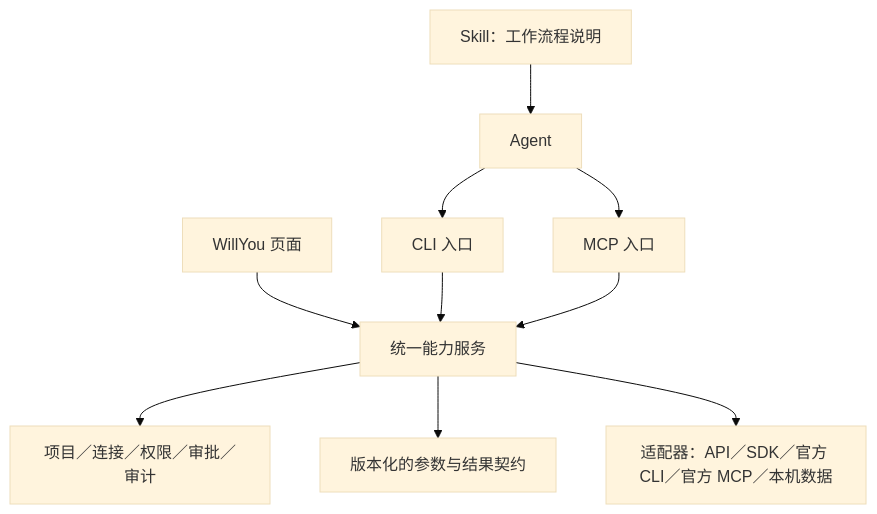
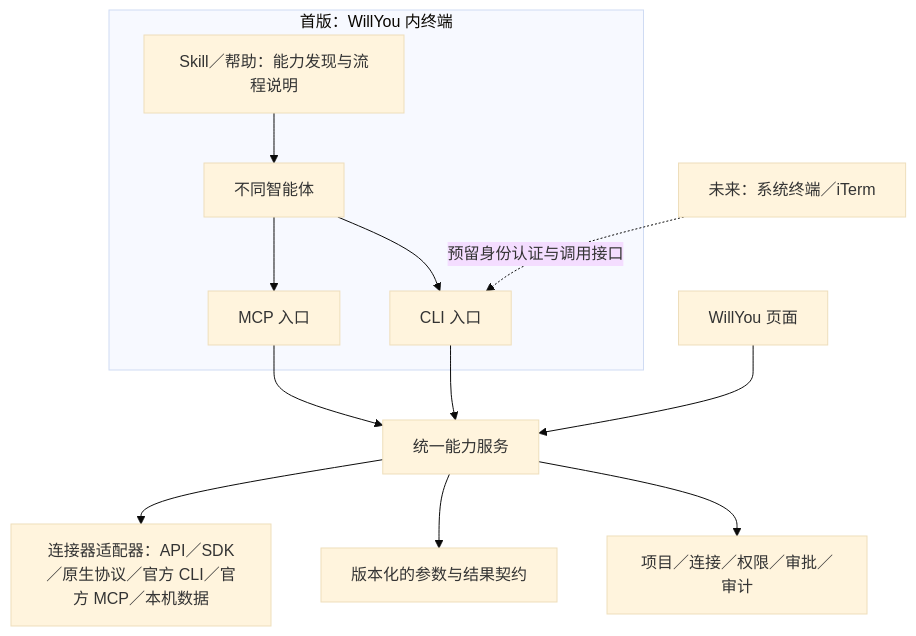
The diagram in docs/F19D_应用接入标准与CLI_MCP双入口.md (uprxiao/SmartDD), drawn with Mermaid (base theme) before and after one commit. The commit also changed other lines of this file and 43 other files, not shown here.

````diff
--- a/docs/F19D_应用接入标准与CLI_MCP双入口.md
+++ b/docs/F19D_应用接入标准与CLI_MCP双入口.md
@@ -15,12 +30,15 @@
 ```mermaid
 flowchart TD
-  S[Skill：工作流程说明] --> A[Agent]
-  A --> C[CLI 入口]
-  A --> M[MCP 入口]
+  subgraph T[首版：WillYou 内终端]
+    S[Skill／帮助：能力发现与流程说明] --> A[不同智能体]
+    A --> C[CLI 入口]
+    A --> M[MCP 入口]
+  end
+  E[未来：系统终端／iTerm] -. 预留身份认证与调用接口 .-> C
   U[WillYou 页面] --> H[统一能力服务]
   C --> H
   M --> H
   H --> P[项目／连接／权限／审批／审计]
   H --> R[版本化的参数与结果契约]
-  H --> X[适配器：API／SDK／官方 CLI／官方 MCP／本机数据]
+  H --> X[连接器适配器：API／SDK／原生协议／官方 CLI／官方 MCP／本机数据]
 ```
````
